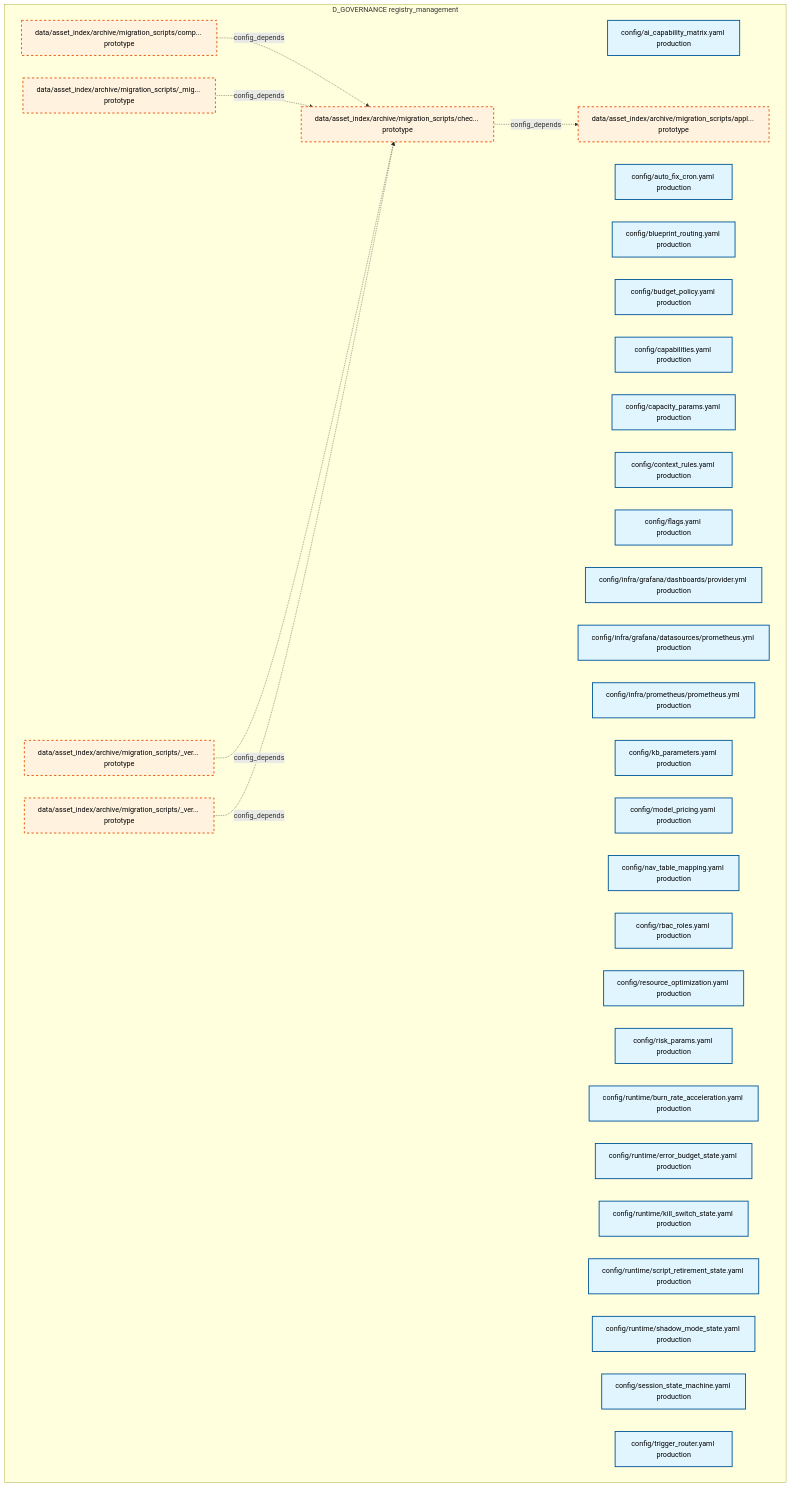
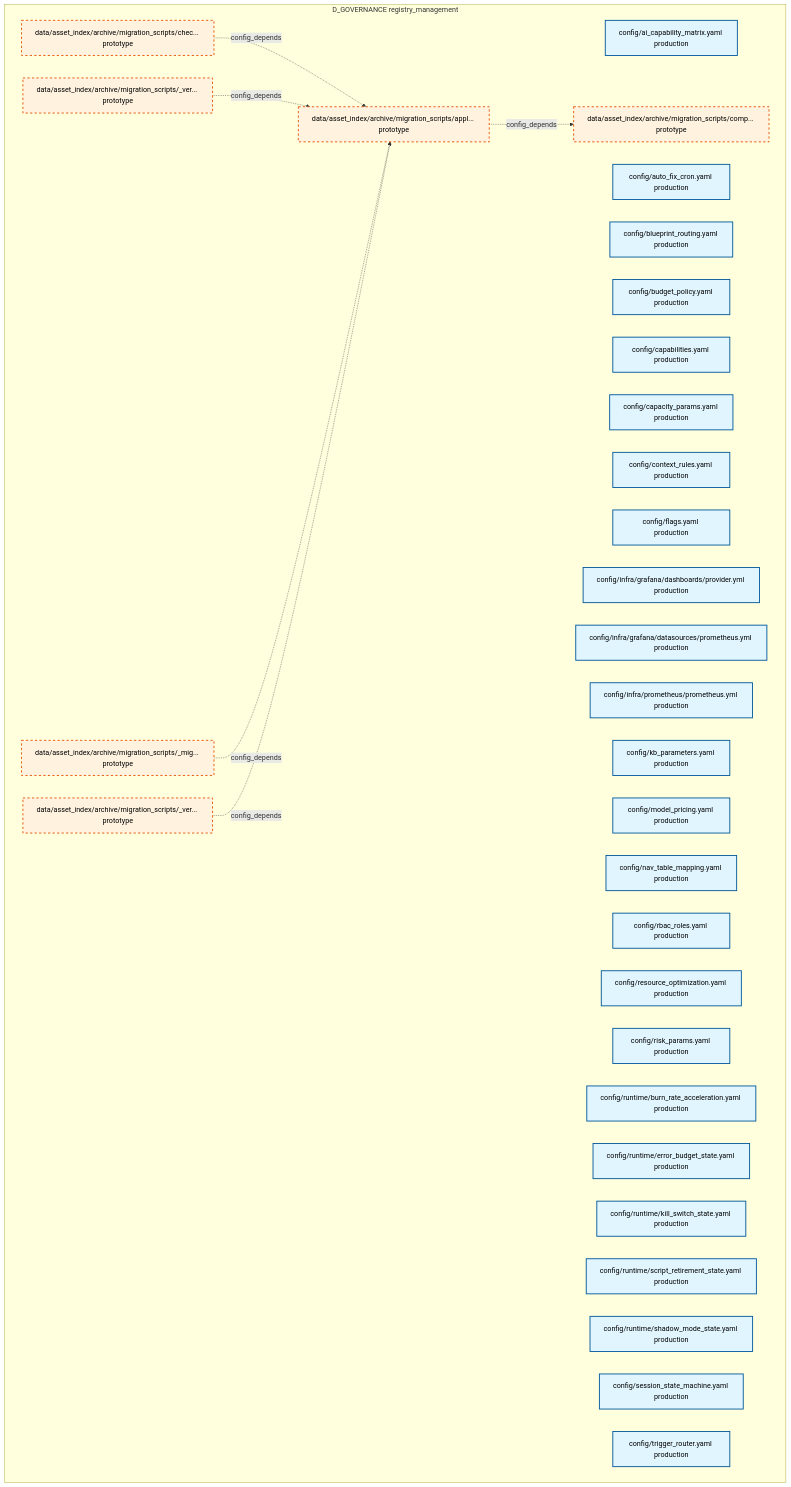
Before and after one commit to xuanFelixVan/ZephyrAlpha: the first of 28 diagrams in docs/02_enterprise_architecture/02_domain_architecture_docs/31_d_governance.md, drawn with Mermaid. The commit also changed other lines of this file and 99 other files, not shown here.

````diff
--- a/docs/02_enterprise_architecture/02_domain_architecture_docs/31_d_governance.md
+++ b/docs/02_enterprise_architecture/02_domain_architecture_docs/31_d_governance.md
@@ -49,46 +49,46 @@
 ```mermaid
 graph TD
     subgraph D_GOVERNANCE["D_GOVERNANCE registry_management"]
         config_ai_capability_matrix_yaml["config/ai_capability_matrix.yaml production"]
         config_auto_fix_cron_yaml["config/auto_fix_cron.yaml production"]
         config_blueprint_routing_yaml["config/blueprint_routing.yaml production"]
         config_budget_policy_yaml["config/budget_policy.yaml production"]
         config_capabilities_yaml["config/capabilities.yaml production"]
         config_capacity_params_yaml["config/capacity_params.yaml production"]
         config_context_rules_yaml["config/context_rules.yaml production"]
         config_flags_yaml["config/flags.yaml production"]
         config_infra_grafana_dashboards_provider_yml["config/infra/grafana/dashboards/provider.yml production"]
         config_infra_grafana_datasources_prometheus_yml["config/infra/grafana/datasources/prometheus.yml production"]
         config_infra_prometheus_prometheus_yml["config/infra/prometheus/prometheus.yml production"]
         config_kb_parameters_yaml["config/kb_parameters.yaml production"]
         config_model_pricing_yaml["config/model_pricing.yaml production"]
         config_nav_table_mapping_yaml["config/nav_table_mapping.yaml production"]
         config_rbac_roles_yaml["config/rbac_roles.yaml production"]
         config_resource_optimization_yaml["config/resource_optimization.yaml production"]
         config_risk_params_yaml["config/risk_params.yaml production"]
         config_runtime_burn_rate_acceleration_yaml["config/runtime/burn_rate_acceleration.yaml production"]
         config_runtime_error_budget_state_yaml["config/runtime/error_budget_state.yaml production"]
         config_runtime_kill_switch_state_yaml["config/runtime/kill_switch_state.yaml production"]
         config_runtime_script_retirement_state_yaml["config/runtime/script_retirement_state.yaml production"]
         config_runtime_shadow_mode_state_yaml["config/runtime/shadow_mode_state.yaml production"]
         config_session_state_machine_yaml["config/session_state_machine.yaml production"]
         config_trigger_router_yaml["config/trigger_router.yaml production"]
         data_asset_index_archive_migration_scripts_migration_shared_py["data/asset_index/archive/migration_scripts/_mig... prototype"]
         data_asset_index_archive_migration_scripts_verify_manifest_py["data/asset_index/archive/migration_scripts/_ver... prototype"]
         data_asset_index_archive_migration_scripts_verify_step4_py["data/asset_index/archive/migration_scripts/_ver... prototype"]
         data_asset_index_archive_migration_scripts_apply_rulings_py["data/asset_index/archive/migration_scripts/appl... prototype"]
         data_asset_index_archive_migration_scripts_check_coverage_py["data/asset_index/archive/migration_scripts/chec... prototype"]
         data_asset_index_archive_migration_scripts_comprehensive_import_fix_py["data/asset_index/archive/migration_scripts/comp... prototype"]
     end
+    data_asset_index_archive_migration_scripts_apply_rulings_py -.->|config_depends| data_asset_index_archive_migration_scripts_comprehensive_import_fix_py
     data_asset_index_archive_migration_scripts_check_coverage_py -.->|config_depends| data_asset_index_archive_migration_scripts_apply_rulings_py
-    data_asset_index_archive_migration_scripts_comprehensive_import_fix_py -.->|config_depends| data_asset_index_archive_migration_scripts_check_coverage_py
-    data_asset_index_archive_migration_scripts_migration_shared_py -.->|config_depends| data_asset_index_archive_migration_scripts_check_coverage_py
-    data_asset_index_archive_migration_scripts_verify_manifest_py -.->|config_depends| data_asset_index_archive_migration_scripts_check_coverage_py
-    data_asset_index_archive_migration_scripts_verify_step4_py -.->|config_depends| data_asset_index_archive_migration_scripts_check_coverage_py
+    data_asset_index_archive_migration_scripts_verify_step4_py -.->|config_depends| data_asset_index_archive_migration_scripts_apply_rulings_py
+    data_asset_index_archive_migration_scripts_migration_shared_py -.->|config_depends| data_asset_index_archive_migration_scripts_apply_rulings_py
+    data_asset_index_archive_migration_scripts_verify_manifest_py -.->|config_depends| data_asset_index_archive_migration_scripts_apply_rulings_py
     classDef production fill:#e1f5fe,stroke:#01579b,stroke-width:2px,color:#000
     classDef design fill:#fff3e0,stroke:#e65100,stroke-width:2px,color:#000,stroke-dasharray: 5 5
     classDef external_prod fill:#e8f5e9,stroke:#1b5e20,stroke-width:1px,color:#000
     classDef external_design fill:#fce4ec,stroke:#880e4f,stroke-width:1px,color:#000,stroke-dasharray: 5 5
     class config_ai_capability_matrix_yaml,config_auto_fix_cron_yaml,config_blueprint_routing_yaml,config_budget_policy_yaml,config_capabilities_yaml,config_capacity_params_yaml,config_context_rules_yaml,config_flags_yaml,config_infra_grafana_dashboards_provider_yml,config_infra_grafana_datasources_prometheus_yml,config_infra_prometheus_prometheus_yml,config_kb_parameters_yaml,config_model_pricing_yaml,config_nav_table_mapping_yaml,config_rbac_roles_yaml,config_resource_optimization_yaml,config_risk_params_yaml,config_runtime_burn_rate_acceleration_yaml,config_runtime_error_budget_state_yaml,config_runtime_kill_switch_state_yaml,config_runtime_script_retirement_state_yaml,config_runtime_shadow_mode_state_yaml,config_session_state_machine_yaml,config_trigger_router_yaml production
     class data_asset_index_archive_migration_scripts_migration_shared_py,data_asset_index_archive_migration_scripts_verify_manifest_py,data_asset_index_archive_migration_scripts_verify_step4_py,data_asset_index_archive_migration_scripts_apply_rulings_py,data_asset_index_archive_migration_scripts_check_coverage_py,data_asset_index_archive_migration_scripts_comprehensive_import_fix_py design
 ```
````
